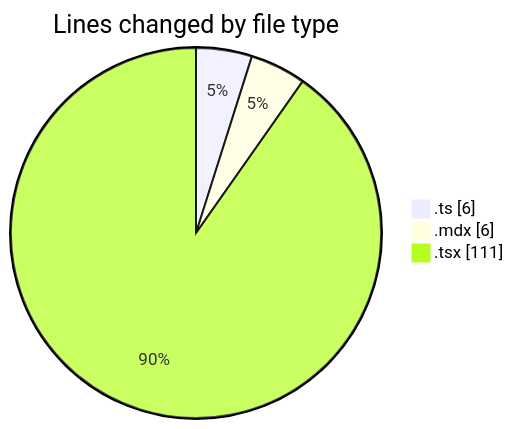
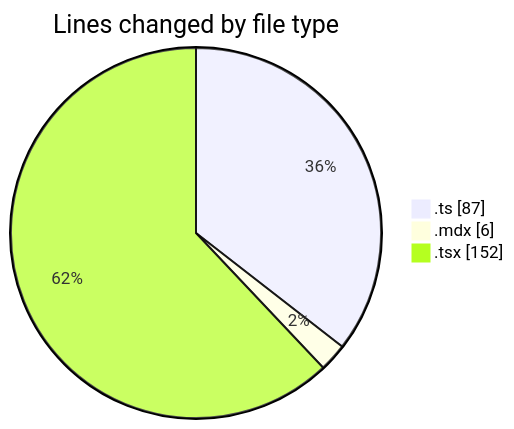
The first of 2 diagrams in 2025-05-25/elitesun/README.md (Elitesun/code-tracking), drawn with Mermaid before and after one commit. The commit also changed other lines of this file and 1 other file, not shown here.

````diff
--- a/2025-05-25/elitesun/README.md
+++ b/2025-05-25/elitesun/README.md
@@ -24,7 +24,7 @@
 ```mermaid
 pie showData
 title Lines changed by file type
-".ts" : 6
+".ts" : 87
 ".mdx" : 6
-".tsx" : 111
+".tsx" : 152
 ```
````
